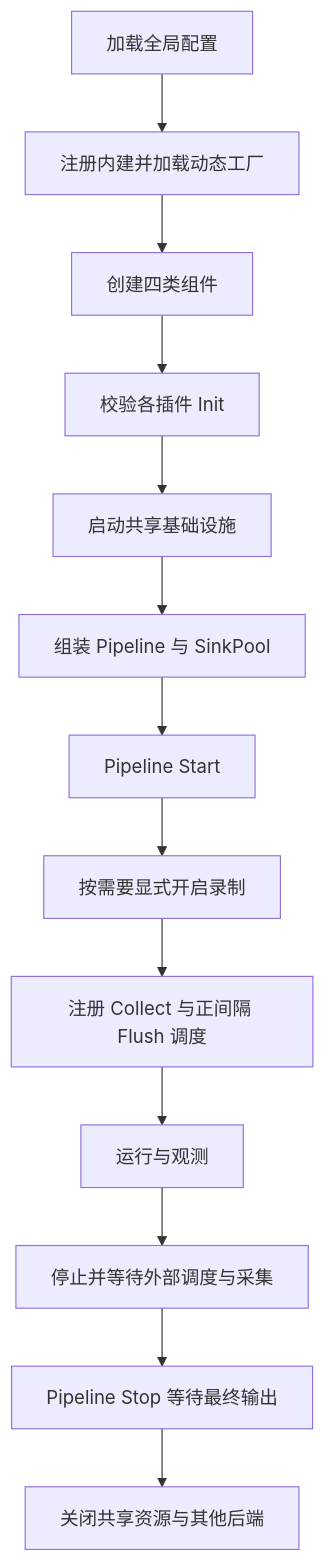
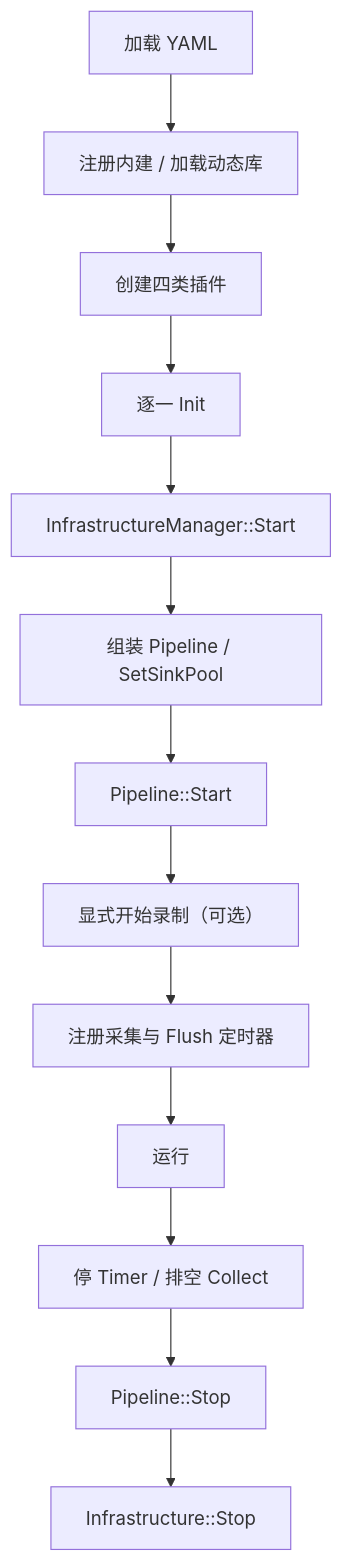
The third of 3 diagrams in docs/document/撰修司/illuminator性能监控平台/设计方案/09-development-and-validation.md (Franch-Toast/Scriptorium), drawn with Mermaid before and after one commit. The commit also changed other lines of this file and 20 other files, not shown here.

````diff
--- a/docs/document/撰修司/illuminator性能监控平台/设计方案/09-development-and-validation.md
+++ b/docs/document/撰修司/illuminator性能监控平台/设计方案/09-development-and-validation.md
@@ -115,16 +176,16 @@
 ```mermaid
 %%{init: {"flowchart":{"useMaxWidth":false,"htmlLabels":false}}}%%
 flowchart TB
-    C[加载全局配置] --> R[注册内建并加载动态工厂]
-    R --> F[创建四类组件]
-    F --> INIT[校验各插件 Init]
-    INIT --> I[启动共享基础设施]
-    I --> A[组装 Pipeline 与 SinkPool]
-    A --> START[Pipeline Start]
-    START --> REC[按需要显式开启录制]
-    REC --> T[注册 Collect 与正间隔 Flush 调度]
-    T --> RUN[运行与观测]
-    RUN --> QUIET[停止并等待外部调度与采集]
-    QUIET --> STOP[Pipeline Stop 等待最终输出]
-    STOP --> END[关闭共享资源与其他后端]
+    A["加载 YAML"] --> B["注册内建 / 加载动态库"]
+    B --> C["创建四类插件"]
+    C --> D["逐一 Init"]
+    D --> E["InfrastructureManager::Start"]
+    E --> F["组装 Pipeline / SetSinkPool"]
+    F --> G["Pipeline::Start"]
+    G --> H["显式开始录制（可选）"]
+    H --> I["注册采集与 Flush 定时器"]
+    I --> J["运行"]
+    J --> K["停 Timer / 排空 Collect"]
+    K --> L["Pipeline::Stop"]
+    L --> M["Infrastructure::Stop"]
 ```
````
